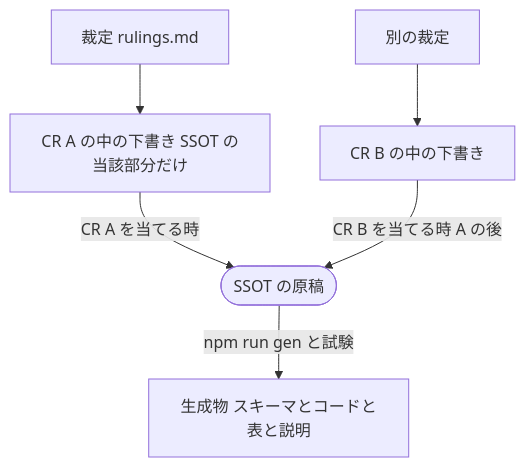
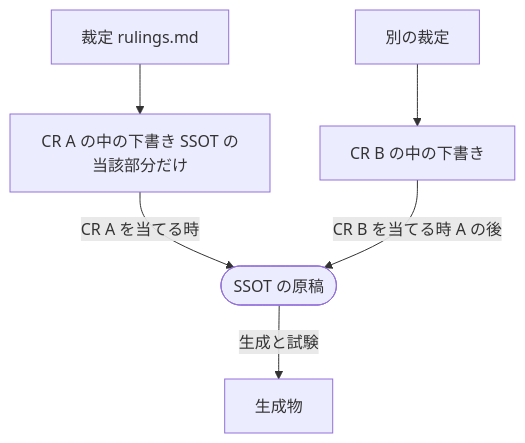
One commit to GoodRelax/gr-scheduler changed the second of 2 diagrams in studies/76-grs-json-beta-shape/terms/12-ssot-questions.md. Above: the diagram before and after it, drawn with Mermaid. The commit also changed other lines of this file and 3 other files, not shown here.

````diff
--- a/studies/76-grs-json-beta-shape/terms/12-ssot-questions.md
+++ b/studies/76-grs-json-beta-shape/terms/12-ssot-questions.md
@@ -59,8 +71,8 @@
 ```mermaid
 graph TD
   ruling[裁定 rulings.md] --> draftA[CR A の中の下書き SSOT の当該部分だけ]
   ruling2[別の裁定] --> draftB[CR B の中の下書き]
   draftA -->|CR A を当てる時| ssot([SSOT の原稿])
   draftB -->|CR B を当てる時 A の後| ssot
-  ssot -->|npm run gen と試験| out[生成物 スキーマとコードと表と説明]
+  ssot -->|生成と試験| out[生成物]
 ```
````
